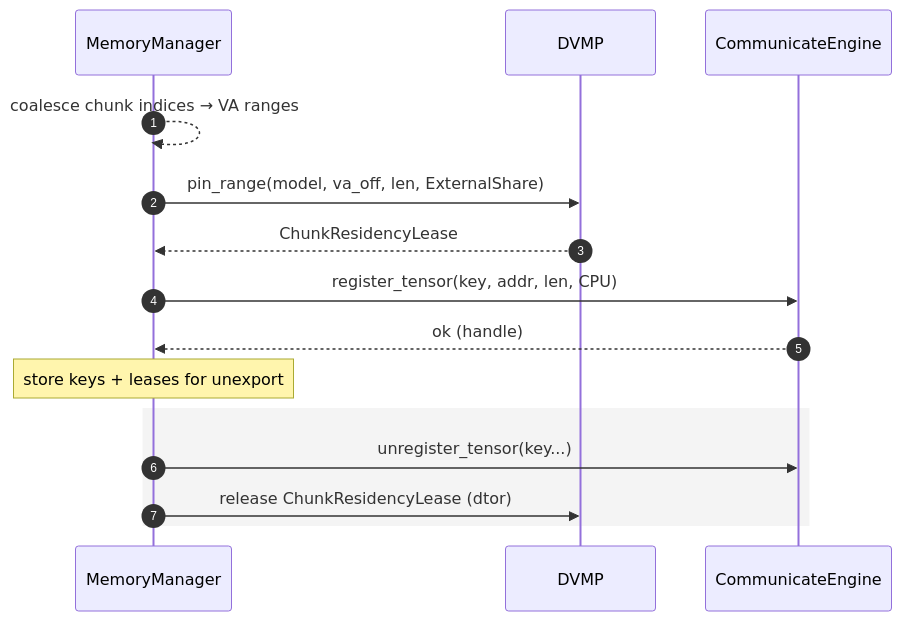
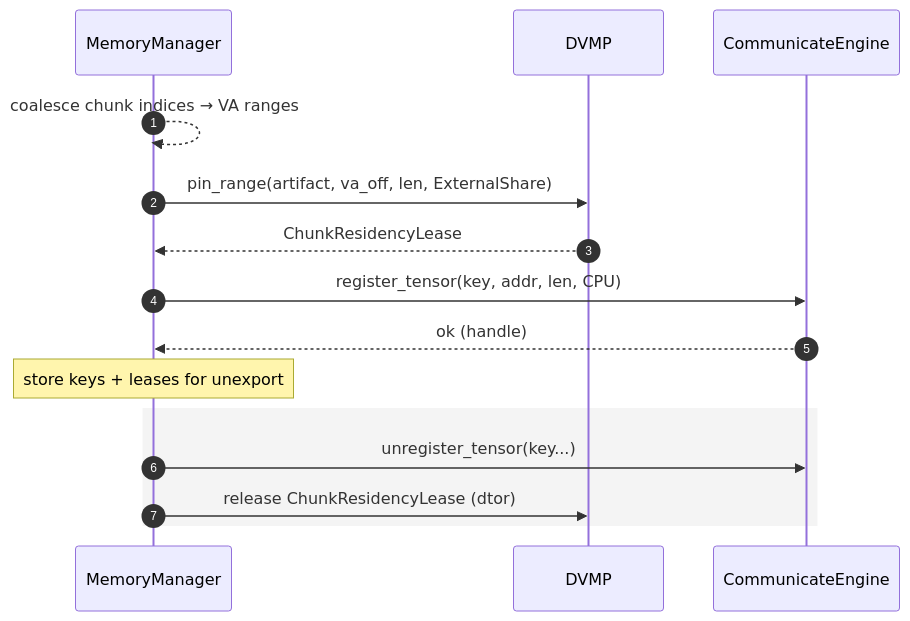
One commit to tensorcast-ai/tensorcast changed the fifth of 7 diagrams in rfcs/0001-distributed-virtual-memory-pool.md. Above: the diagram before and after it, drawn with Mermaid. The commit also changed other lines of this file and 331 other files, not shown here.

Commit message:
refactor: refactor model to artifact & replica

````diff
--- a/rfcs/0001-distributed-virtual-memory-pool.md
+++ b/rfcs/0001-distributed-virtual-memory-pool.md
@@ -293,19 +293,19 @@
 ```mermaid
 sequenceDiagram
     autonumber
     participant MM as MemoryManager
     participant DV as DVMP
     participant CE as CommunicateEngine
 
     MM-->>MM: coalesce chunk indices → VA ranges
-    MM->>DV: pin_range(model, va_off, len, ExternalShare)
+    MM->>DV: pin_range(artifact, va_off, len, ExternalShare)
     DV-->>MM: ChunkResidencyLease
     MM->>CE: register_tensor(key, addr, len, CPU)
     CE-->>MM: ok (handle)
     Note over MM: store keys + leases for unexport
 
     rect rgba(200,200,200,0.2)
     MM->>CE: unregister_tensor(key...)
     MM->>DV: release ChunkResidencyLease (dtor)
     end
 ```
````
